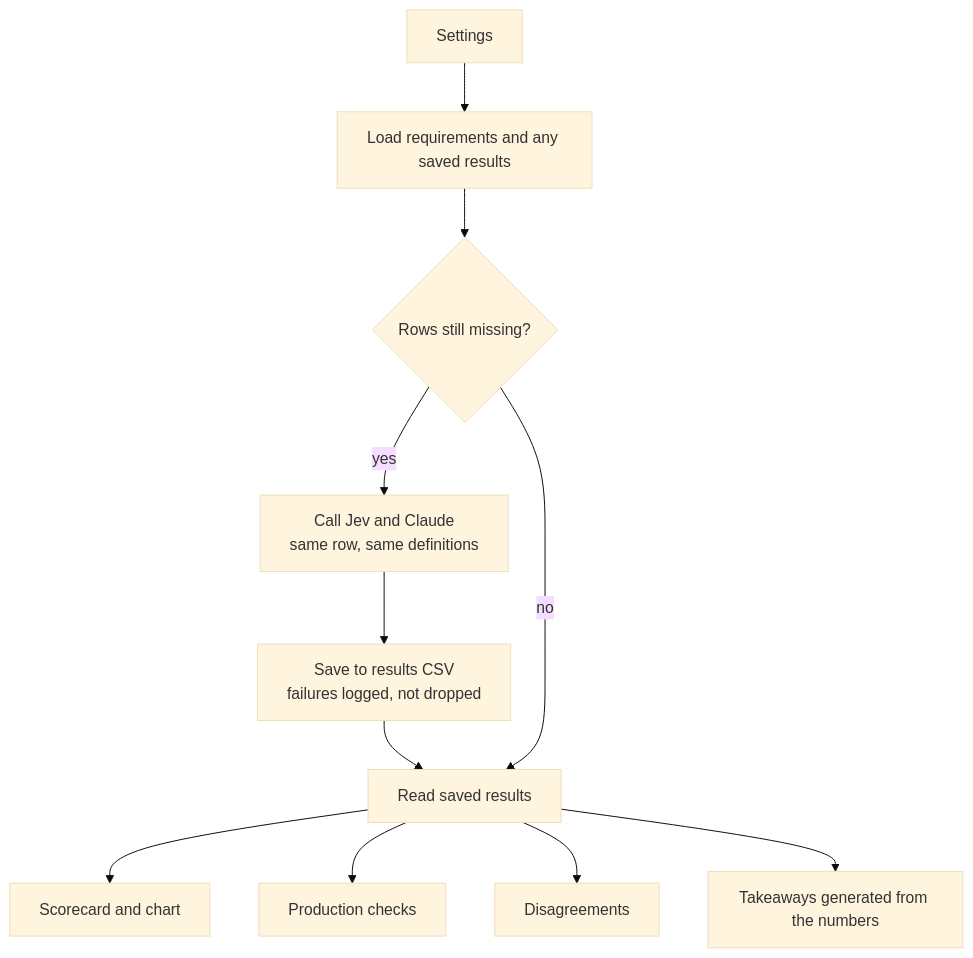
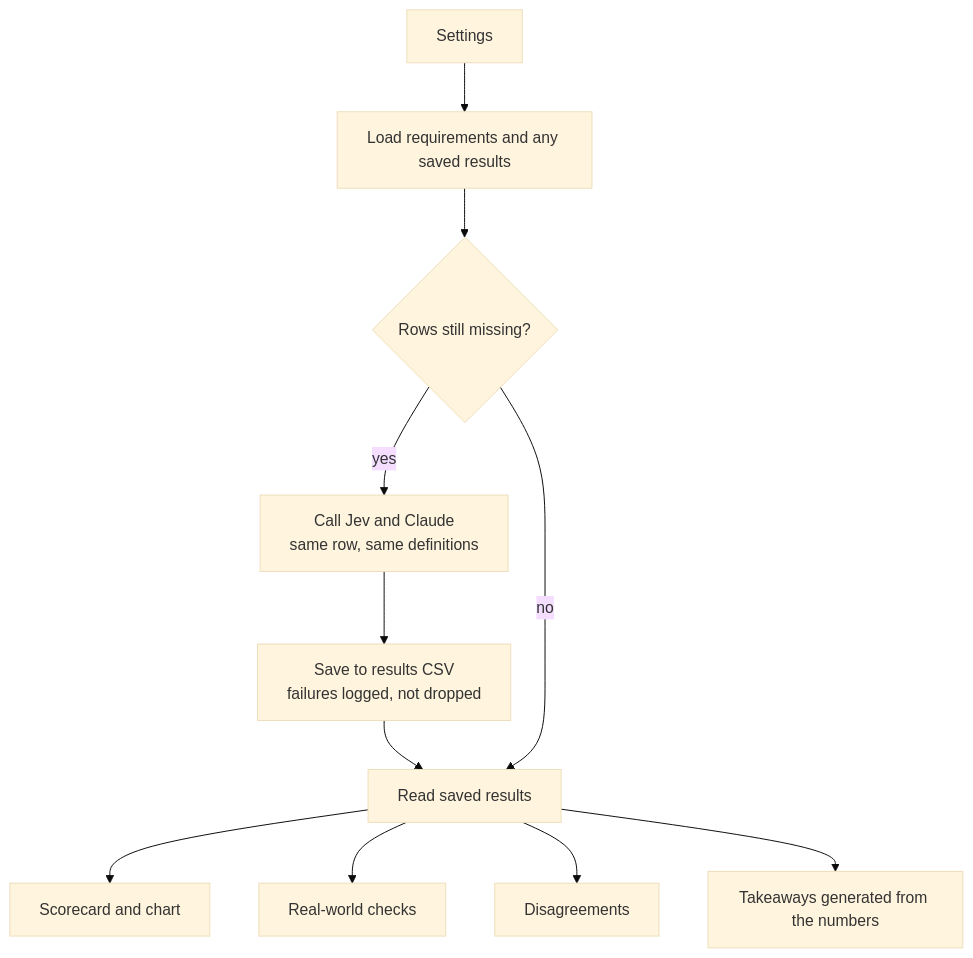
One commit to akshathaprabhu22/Faster-cheaper-classification-is-a-decision-model-good-enough-Jev-vs-Claude changed the diagram in README.md. Above: the diagram before and after it, drawn with Mermaid (base theme). The commit also changed other lines of this file and 1 other file, not shown here.

Commit message:
Rename 'production checks' to 'real-world checks'

````diff
--- a/README.md
+++ b/README.md
@@ -45,13 +45,13 @@
 ```mermaid
 flowchart TD
     A[Settings] --> B[Load requirements and any saved results]
     B --> C{Rows still missing?}
     C -- yes --> D[Call Jev and Claude<br/>same row, same definitions]
     D --> E[Save to results CSV<br/>failures logged, not dropped]
     E --> F[Read saved results]
     C -- no --> F
     F --> G[Scorecard and chart]
-    F --> H[Production checks]
+    F --> H[Real-world checks]
     F --> I[Disagreements]
     F --> J[Takeaways generated from the numbers]
 ```
````
